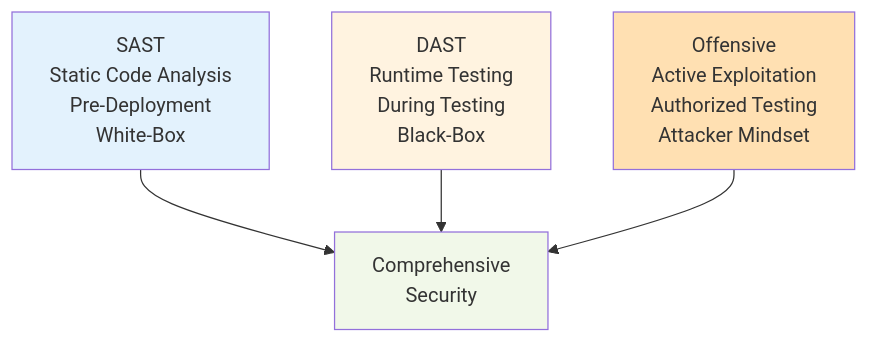
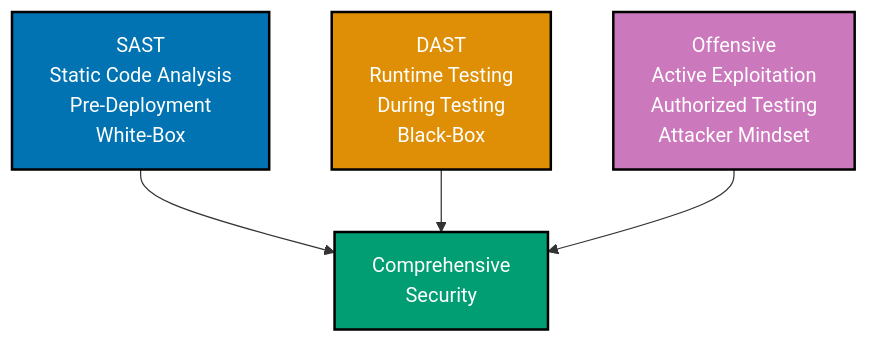
One commit to wahidyankf/open-sharia-enterprise changed the third of 3 diagrams in docs/explanation/information-security/ex-inse__offensive-security.md. Above: the diagram before and after it, drawn with Mermaid. The commit also changed other lines of this file and 22 other files, not shown here.

First line of the commit message:
docs(diagrams): ensure all mermaid diagrams use color-blind friendly palette

````diff
--- a/docs/explanation/information-security/ex-inse__offensive-security.md
+++ b/docs/explanation/information-security/ex-inse__offensive-security.md
@@ -372,11 +381,11 @@
 ```mermaid
 graph TD
     A["SAST<br/>Static Code Analysis<br/>Pre-Deployment<br/>White-Box"] --> D["Comprehensive<br/>Security"]
     B["DAST<br/>Runtime Testing<br/>During Testing<br/>Black-Box"] --> D
     C["Offensive<br/>Active Exploitation<br/>Authorized Testing<br/>Attacker Mindset"] --> D
 
-    style A fill:#e3f2fd
-    style B fill:#fff3e0
-    style C fill:#ffe0b2
-    style D fill:#f1f8e9
+    style A fill:#0173B2,stroke:#000000,color:#FFFFFF,stroke-width:2px
+    style B fill:#DE8F05,stroke:#000000,color:#FFFFFF,stroke-width:2px
+    style C fill:#CC78BC,stroke:#000000,color:#FFFFFF,stroke-width:2px
+    style D fill:#029E73,stroke:#000000,color:#FFFFFF,stroke-width:2px
 ```
````
